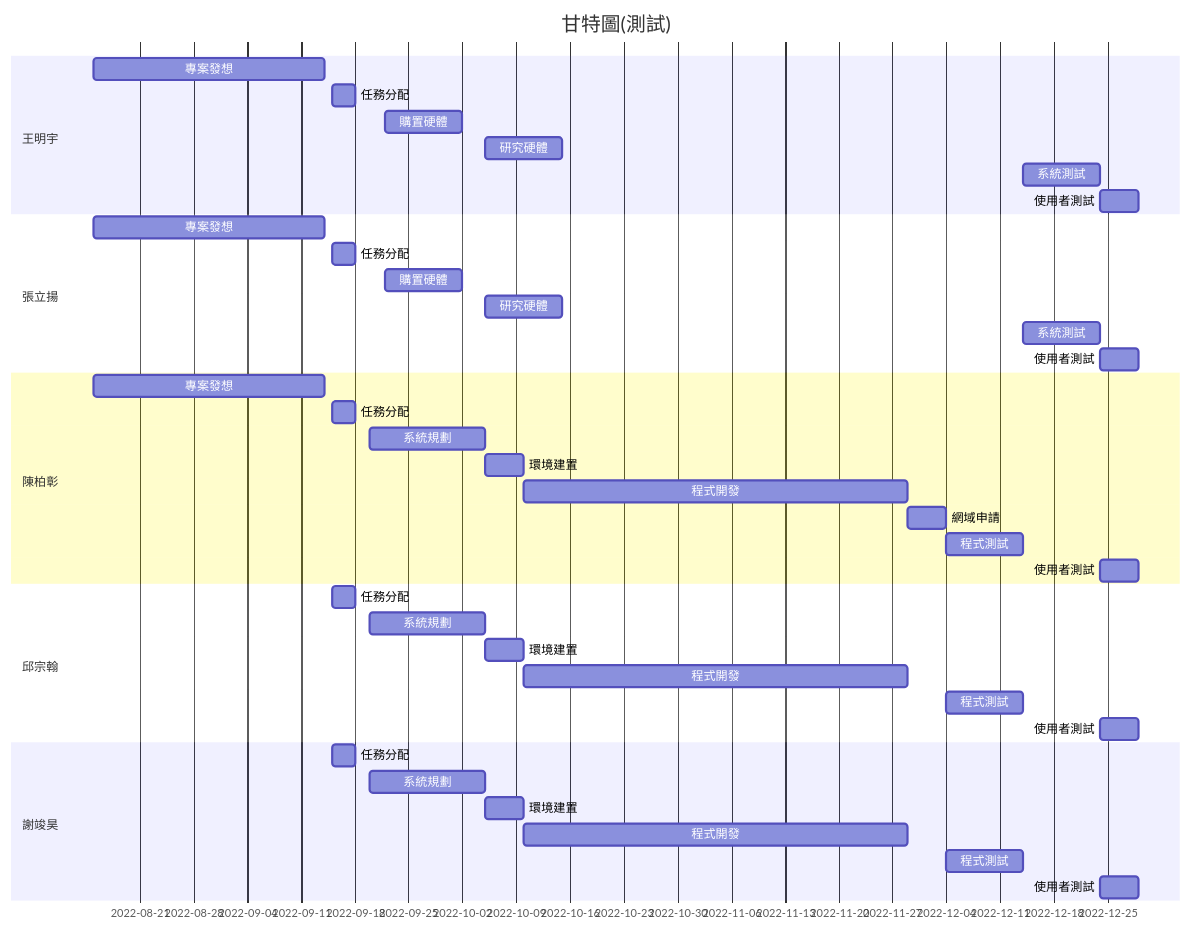
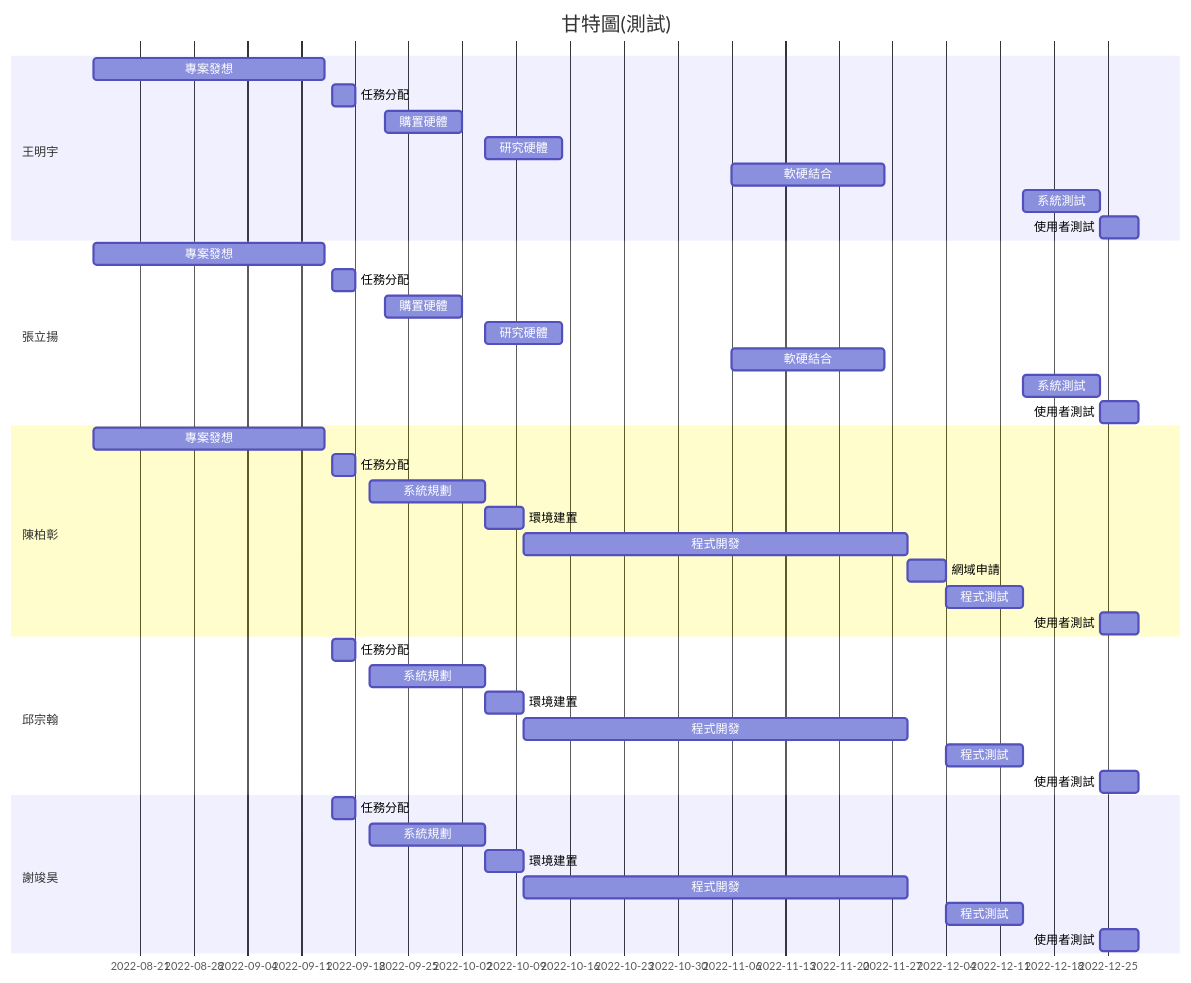
The diagram in README.md (MoRedChen/2022-3a-group5), drawn with Mermaid before and after one commit.

````diff
--- a/README.md
+++ b/README.md
@@ -9,47 +9,49 @@
 ```mermaid
 gantt
     title 甘特圖(測試)
 
     section 王明宇
     專案發想 :a1, 2022-08-15, 30d
     任務分配:2022-9-15,3d
     購置硬體:a3, 2022-9-22  , 10d
     研究硬體:after a3,10d
+    軟硬結合: 2022-11-06 ,20d
     系統測試:a8,after a7,10d
     使用者測試:a9,after a8,5d
     
     section 張立揚
     專案發想 :a1,2022-08-15  , 30d
     任務分配:2022-9-15,3d
     購置硬體:a3, 2022-9-22  , 10d
     研究硬體:a4,after a3,10d
+    軟硬結合: 2022-11-06 ,20d
     系統測試:after a7,10d
     使用者測試:a9,after a8,5d
     
     section 陳柏彰
     專案發想 :a1,2022-08-15, 30d
     任務分配:2022-9-15,3d
     系統規劃: a3,2022-9-20,15d
     環境建置:a4,after a3,5d
     程式開發:a5,after a4,50d
     網域申請:a6,after a5,5d
     程式測試:a7,after a6,10d
     使用者測試:a9,after a8,5d
       
     section 邱宗翰
     任務分配:2022-9-15,3d
     系統規劃: a2,2022-9-20,15d
     環境建置:after a3,5d
     程式開發:a5,after a4,50d
     程式測試:a7,after a6,10d
     使用者測試:a9,after a8,5d
     
     section 謝竣昊
     任務分配:2022-9-15,3d
     系統規劃: a2,2022-9-20,15d
     環境建置:after a2,5d
     程式開發:a5,after a4,50d
     程式測試:a7,after a6,10d
     使用者測試:a9,after a8,5d
     
 ```
````
